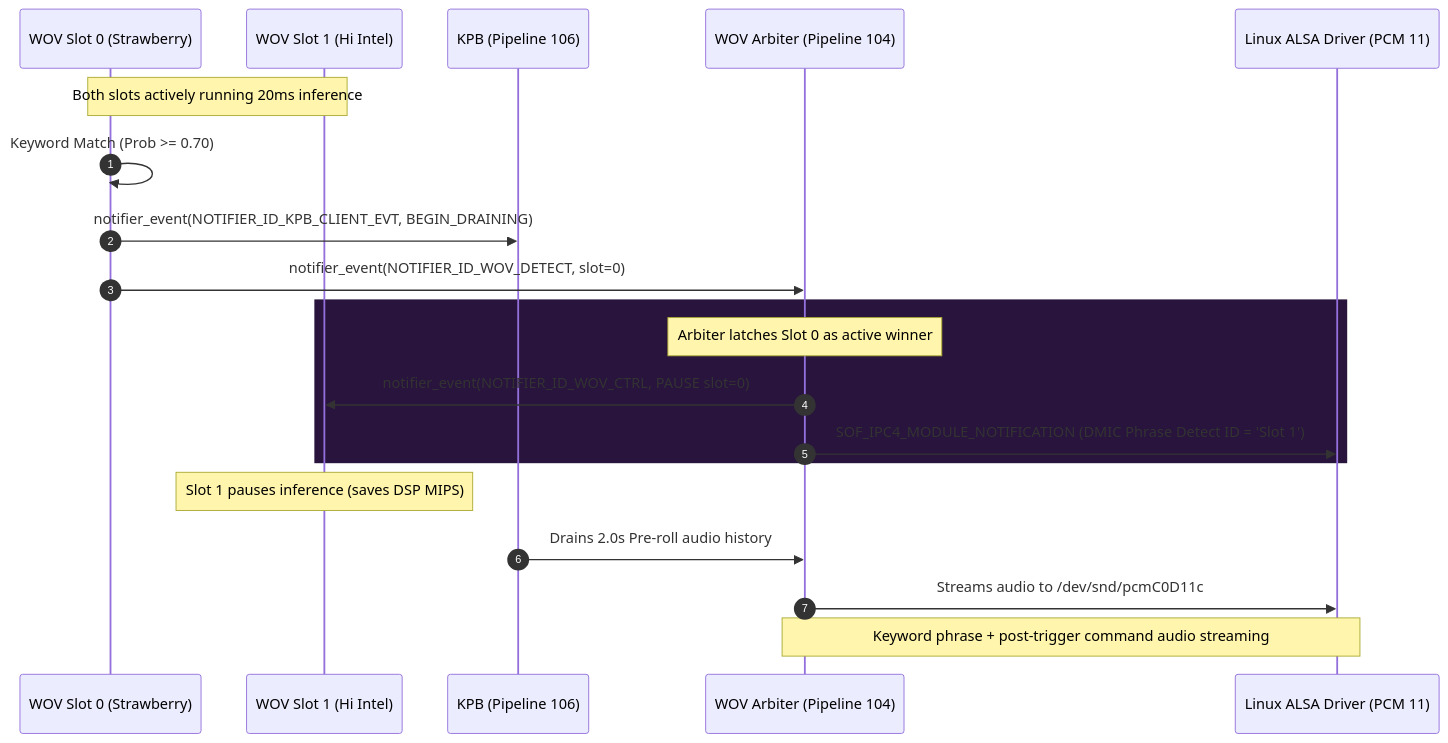
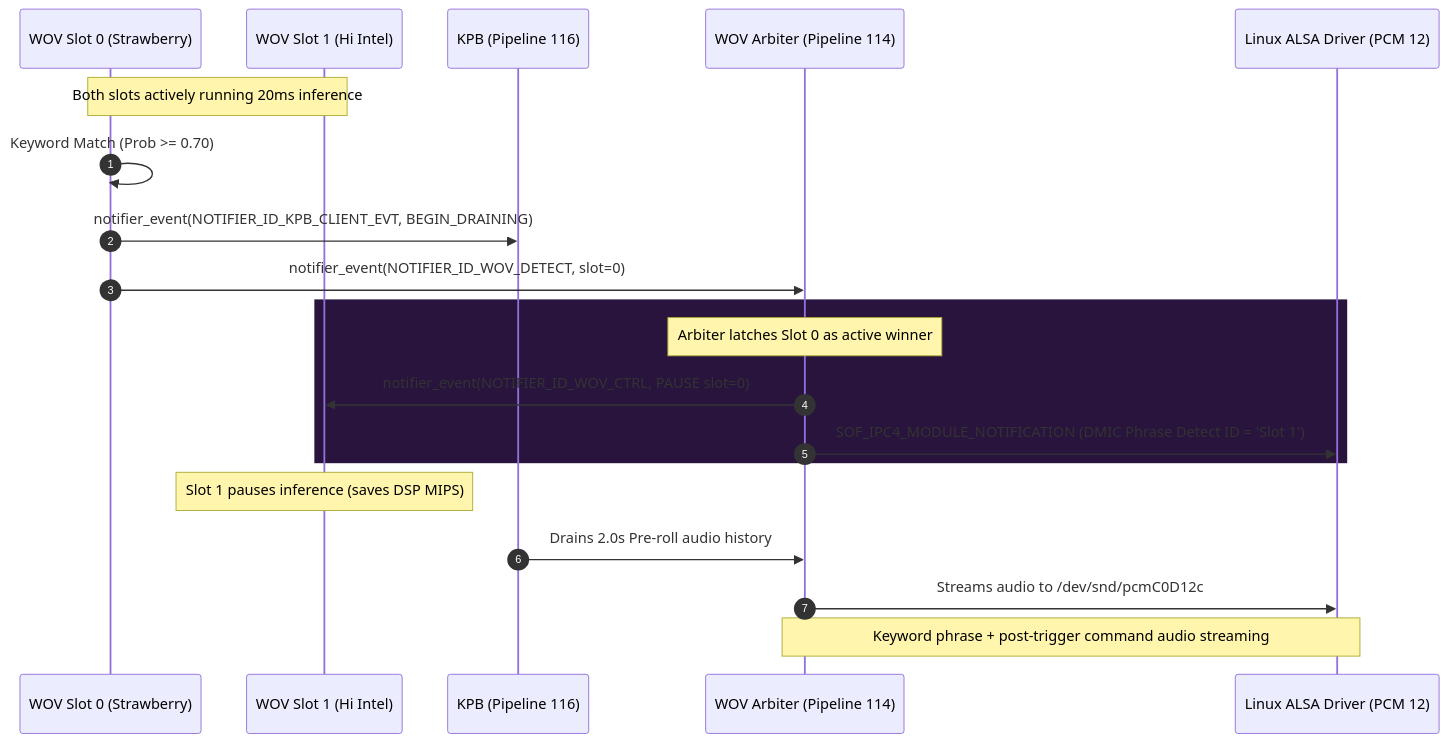
One commit to thesofproject/sof changed the second of 4 diagrams in doc/developer_guides/wov_ecns_integration_guide.md. Above: the diagram before and after it, drawn with Mermaid. The commit also changed other lines of this file and 20 other files, not shown here.

````diff
--- a/doc/developer_guides/wov_ecns_integration_guide.md
+++ b/doc/developer_guides/wov_ecns_integration_guide.md
@@ -304,25 +315,25 @@
 ```mermaid
 sequenceDiagram
     autonumber
     participant WOV0 as WOV Slot 0 (Strawberry)
     participant WOV1 as WOV Slot 1 (Hi Intel)
-    participant KPB as KPB (Pipeline 106)
-    participant ARB as WOV Arbiter (Pipeline 104)
-    participant HOST as Linux ALSA Driver (PCM 11)
+    participant KPB as KPB (Pipeline 116)
+    participant ARB as WOV Arbiter (Pipeline 114)
+    participant HOST as Linux ALSA Driver (PCM 12)
 
     Note over WOV0,WOV1: Both slots actively running 20ms inference
     WOV0->>WOV0: Keyword Match (Prob >= 0.70)
     WOV0->>KPB: notifier_event(NOTIFIER_ID_KPB_CLIENT_EVT, BEGIN_DRAINING)
     WOV0->>ARB: notifier_event(NOTIFIER_ID_WOV_DETECT, slot=0)
     
     rect rgb(40, 20, 60)
         Note over ARB: Arbiter latches Slot 0 as active winner
         ARB->>WOV1: notifier_event(NOTIFIER_ID_WOV_CTRL, PAUSE slot=0)
         ARB->>HOST: SOF_IPC4_MODULE_NOTIFICATION (DMIC Phrase Detect ID = 'Slot 1')
     end
     
     Note over WOV1: Slot 1 pauses inference (saves DSP MIPS)
     KPB->>ARB: Drains 2.0s Pre-roll audio history
-    ARB->>HOST: Streams audio to /dev/snd/pcmC0D11c
+    ARB->>HOST: Streams audio to /dev/snd/pcmC0D12c
     Note over ARB,HOST: Keyword phrase + post-trigger command audio streaming
 ```
````
